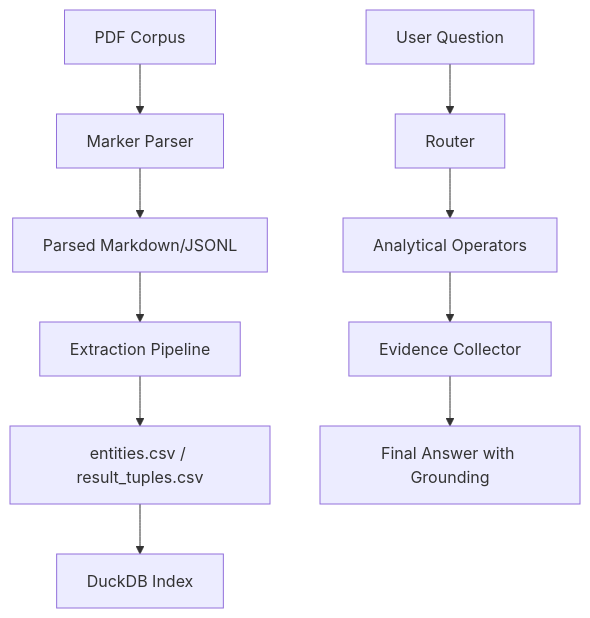
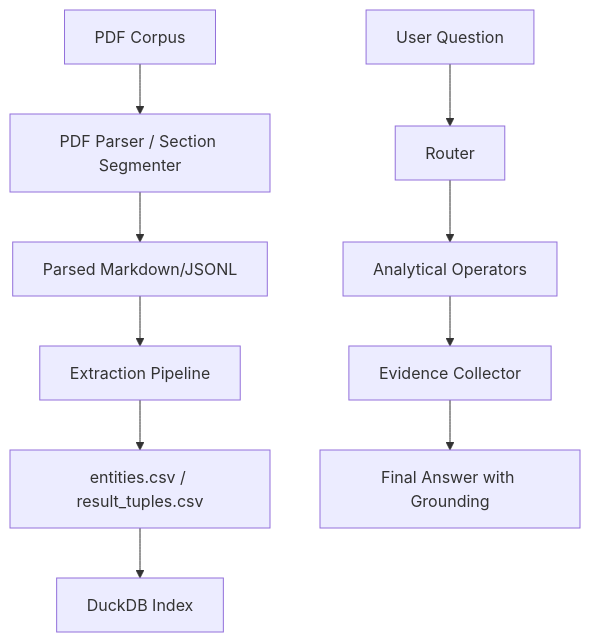
The diagram in README.md (IanJ332/AIGC_Fake_Detection), drawn with Mermaid before and after one commit. The commit also changed other lines of this file and 4 other files, not shown here.

````diff
--- a/README.md
+++ b/README.md
@@ -19,12 +19,12 @@
 ```mermaid
 graph TD
-    A[PDF Corpus] --> B[Marker Parser]
+    A[PDF Corpus] --> B[PDF Parser / Section Segmenter]
     B --> C[Parsed Markdown/JSONL]
     C --> D[Extraction Pipeline]
     D --> E[entities.csv / result_tuples.csv]
     E --> F[DuckDB Index]
     G[User Question] --> H[Router]
     H --> I[Analytical Operators]
     I --> J[Evidence Collector]
     J --> K[Final Answer with Grounding]
 ```
````
